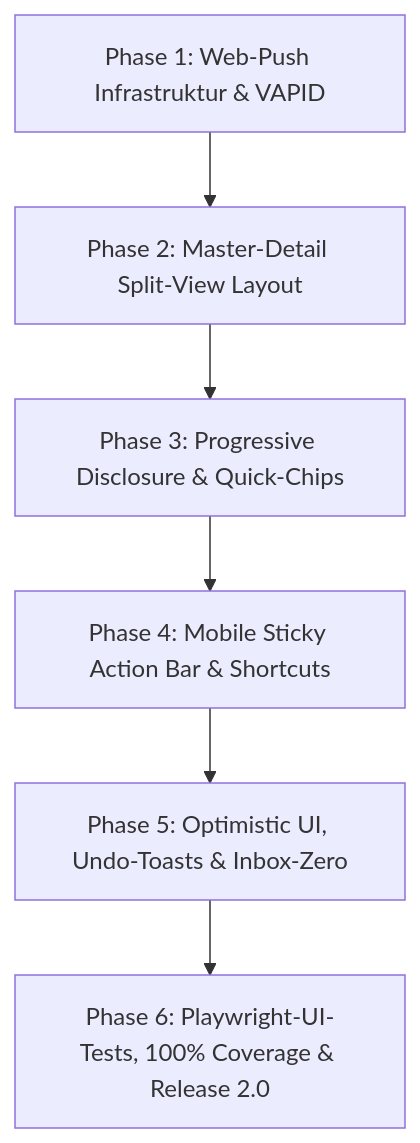
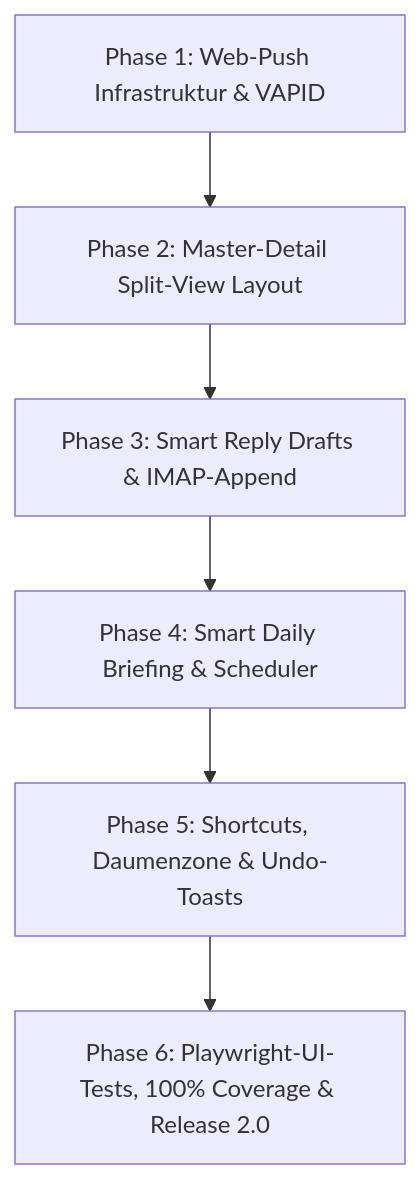
One commit to Teichhofer/Mailhelp changed the second of 2 diagrams in docs/Planung-2.0.md. Above: the diagram before and after it, drawn with Mermaid. The commit also changed other lines of this file and 1 other file, not shown here.

First line of the commit message:
docs(v2.0): Smart Reply Drafts im Entwurfsordner und konfigurierbares Daily Briefing ergänzt

````diff
--- a/docs/Planung-2.0.md
+++ b/docs/Planung-2.0.md
@@ -65,8 +116,8 @@
 ```mermaid
 flowchart TD
     P1[Phase 1: Web-Push Infrastruktur & VAPID] --> P2[Phase 2: Master-Detail Split-View Layout]
-    P2 --> P3[Phase 3: Progressive Disclosure & Quick-Chips]
-    P3 --> P4[Phase 4: Mobile Sticky Action Bar & Shortcuts]
-    P4 --> P5[Phase 5: Optimistic UI, Undo-Toasts & Inbox-Zero]
+    P2 --> P3[Phase 3: Smart Reply Drafts & IMAP-Append]
+    P3 --> P4[Phase 4: Smart Daily Briefing & Scheduler]
+    P4 --> P5[Phase 5: Shortcuts, Daumenzone & Undo-Toasts]
     P5 --> P6[Phase 6: Playwright-UI-Tests, 100% Coverage & Release 2.0]
 ```
````
